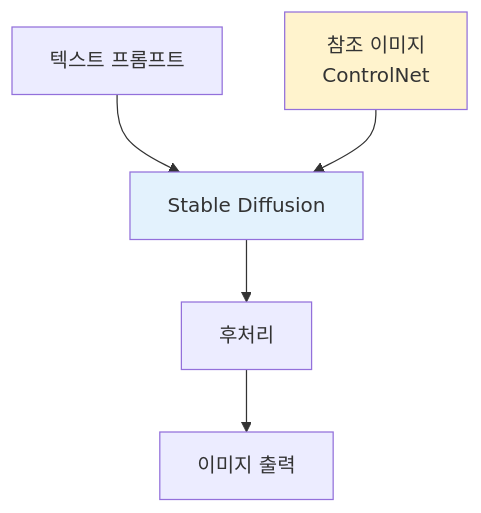
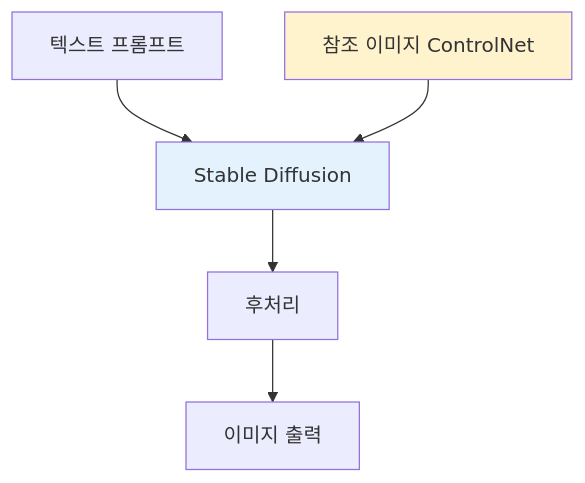
One commit to Kanghyeop/pages-book-agent101 changed the sixth of 8 diagrams in 02-literacy/26-nocode.md. Above: the diagram before and after it, drawn with Mermaid. The commit also changed other lines of this file and 48 other files, not shown here.

First line of the commit message:
fix: Mermaid 렌더링 + SVG 경로 수정

````diff
--- a/02-literacy/26-nocode.md
+++ b/02-literacy/26-nocode.md
@@ -174,10 +174,10 @@
 ```mermaid
 flowchart TB
     A[텍스트 프롬프트] --> B[Stable Diffusion]
-    C["참조 이미지<br/>ControlNet"] --> B
+    C["참조 이미지 ControlNet"] --> B
     B --> D[후처리]
     D --> E[이미지 출력]
 
     style B fill:#E3F2FD
     style C fill:#FFF3CD
 ```
````
